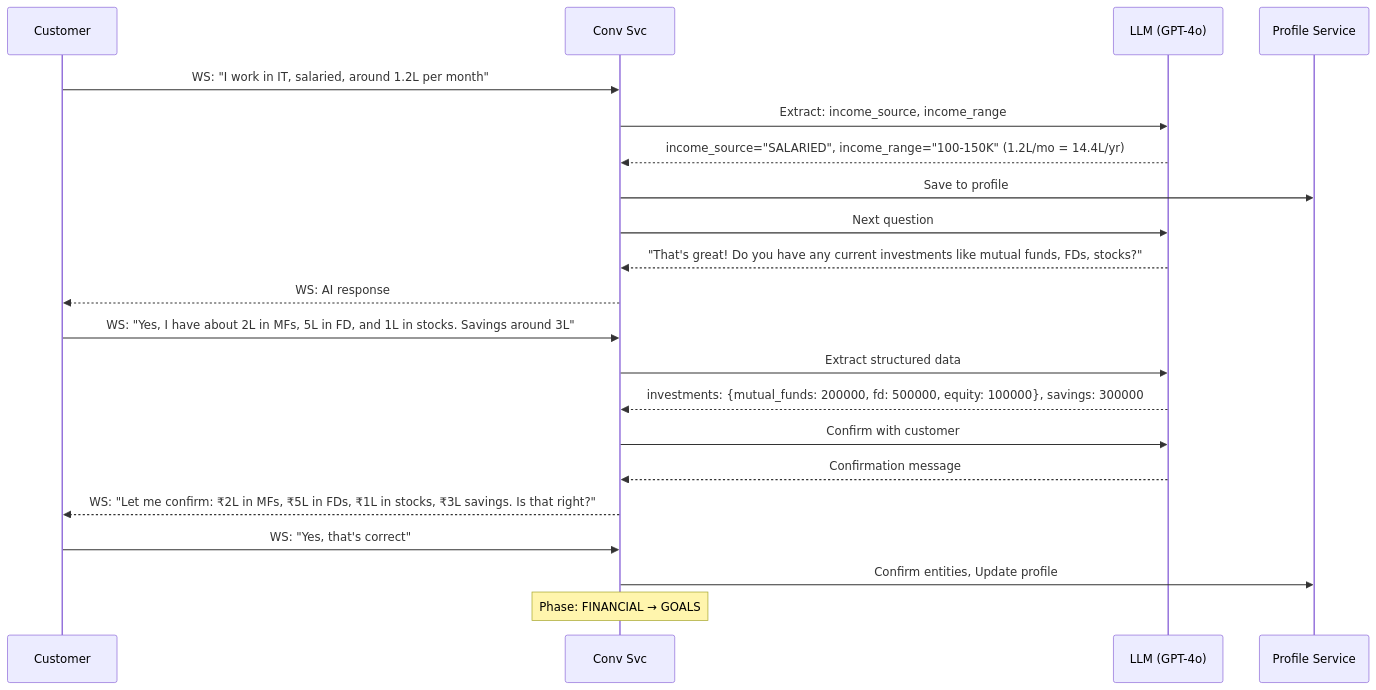
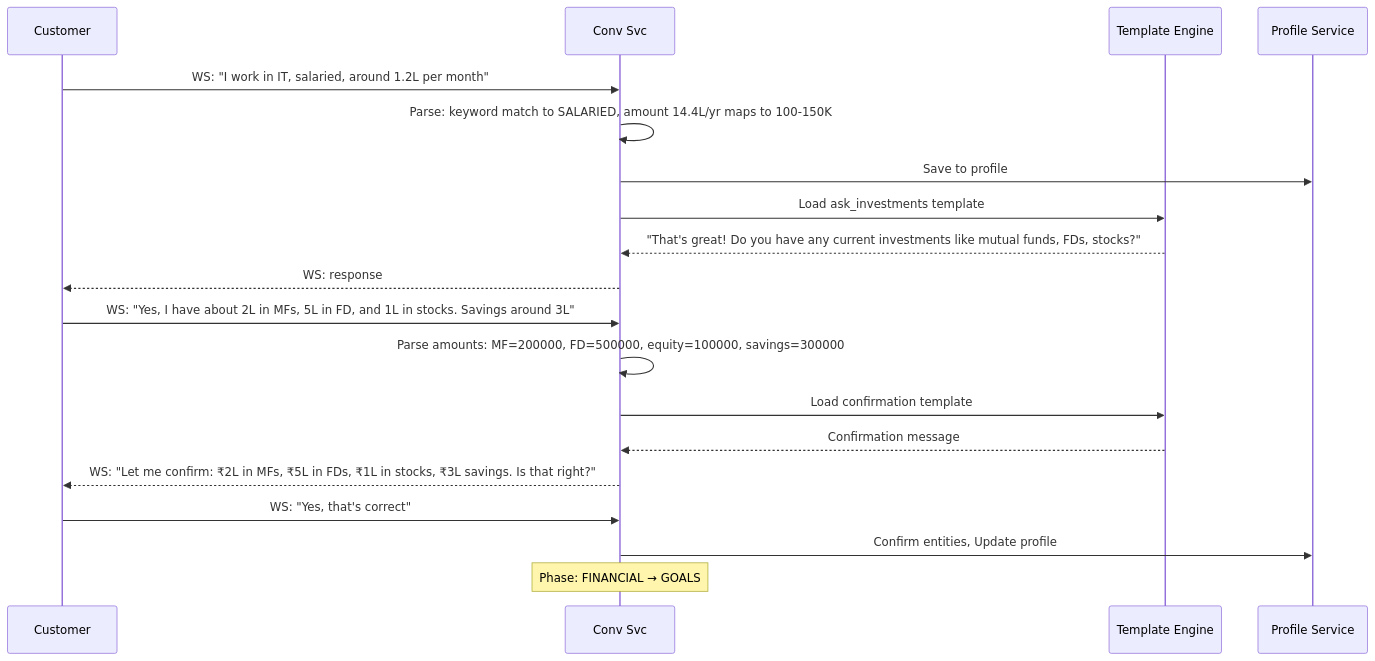
One commit to Cognition-Partner-Workshops/uc-framework-upgrade-monolith-to-microservices changed the third of 20 diagrams in docs/design/05-sequence-diagrams.md. Above: the diagram before and after it, drawn with Mermaid. The commit also changed other lines of this file and 4 other files, not shown here.

````diff
--- a/docs/design/05-sequence-diagrams.md
+++ b/docs/design/05-sequence-diagrams.md
@@ -100,26 +101,24 @@
 ```mermaid
 sequenceDiagram
     participant C as Customer
     participant CS as Conv Svc
-    participant LLM as LLM (GPT-4o)
+    participant TE as Template Engine
     participant PS as Profile Service
 
     C->>CS: WS: "I work in IT, salaried, around 1.2L per month"
-    CS->>LLM: Extract: income_source, income_range
-    LLM-->>CS: income_source="SALARIED", income_range="100-150K" (1.2L/mo = 14.4L/yr)
+    CS->>CS: Parse: keyword match to SALARIED, amount 14.4L/yr maps to 100-150K
     CS->>PS: Save to profile
-    CS->>LLM: Next question
-    LLM-->>CS: "That's great! Do you have any current investments like mutual funds, FDs, stocks?"
-    CS-->>C: WS: AI response
+    CS->>TE: Load ask_investments template
+    TE-->>CS: "That's great! Do you have any current investments like mutual funds, FDs, stocks?"
+    CS-->>C: WS: response
 
     C->>CS: WS: "Yes, I have about 2L in MFs, 5L in FD, and 1L in stocks. Savings around 3L"
-    CS->>LLM: Extract structured data
-    LLM-->>CS: investments: {mutual_funds: 200000, fd: 500000, equity: 100000}, savings: 300000
-    CS->>LLM: Confirm with customer
-    LLM-->>CS: Confirmation message
+    CS->>CS: Parse amounts: MF=200000, FD=500000, equity=100000, savings=300000
+    CS->>TE: Load confirmation template
+    TE-->>CS: Confirmation message
     CS-->>C: WS: "Let me confirm: ₹2L in MFs, ₹5L in FDs, ₹1L in stocks, ₹3L savings. Is that right?"
 
     C->>CS: WS: "Yes, that's correct"
     CS->>PS: Confirm entities, Update profile
     Note over CS: Phase: FINANCIAL → GOALS
 ```
````
